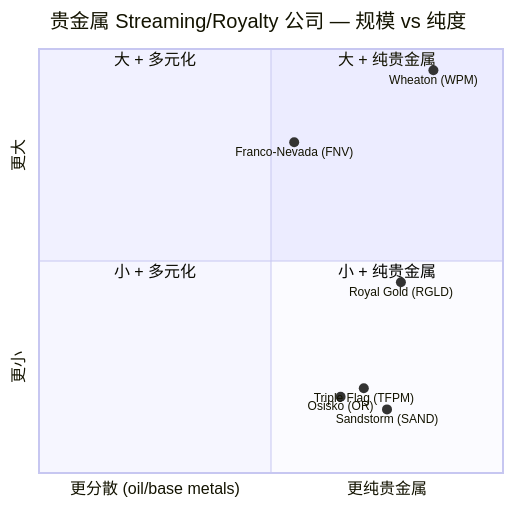
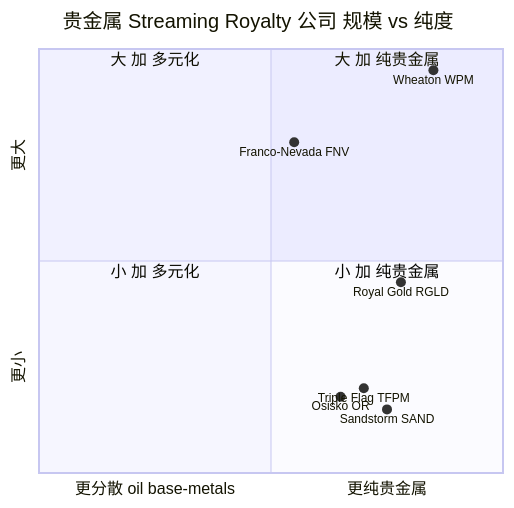
One commit to dadachundan/financial_agent changed the third of 3 diagrams in reports/company/WheatonPreciousMetals_NYSE_WPM/WheatonPreciousMetals_NYSE_WPM_公司研究.md. Above: the diagram before and after it, drawn with Mermaid. The commit also changed other lines of this file and 8 other files, not shown here.

First line of the commit message:
feat(company-research): refresh Wheaton Precious Metals (WPM) to current spec

````diff
--- a/reports/company/WheatonPreciousMetals_NYSE_WPM/WheatonPreciousMetals_NYSE_WPM_公司研究.md
+++ b/reports/company/WheatonPreciousMetals_NYSE_WPM/WheatonPreciousMetals_NYSE_WPM_公司研究.md
@@ -358,16 +771,16 @@
 ```mermaid
 quadrantChart
-    title 贵金属 Streaming/Royalty 公司 — 规模 vs 纯度
-    x-axis "更分散 (oil/base metals)" --> "更纯贵金属"
+    title 贵金属 Streaming Royalty 公司 规模 vs 纯度
+    x-axis "更分散 oil base-metals" --> "更纯贵金属"
     y-axis "更小" --> "更大"
-    quadrant-1 "大 + 纯贵金属"
-    quadrant-2 "大 + 多元化"
-    quadrant-3 "小 + 多元化"
-    quadrant-4 "小 + 纯贵金属"
-    "Wheaton (WPM)": [0.85, 0.95]
-    "Franco-Nevada (FNV)": [0.55, 0.78]
-    "Royal Gold (RGLD)": [0.78, 0.45]
-    "Triple Flag (TFPM)": [0.70, 0.20]
-    "Sandstorm (SAND)": [0.75, 0.15]
-    "Osisko (OR)": [0.65, 0.18]
+    quadrant-1 "大 加 纯贵金属"
+    quadrant-2 "大 加 多元化"
+    quadrant-3 "小 加 多元化"
+    quadrant-4 "小 加 纯贵金属"
+    "Wheaton WPM": [0.85, 0.95]
+    "Franco-Nevada FNV": [0.55, 0.78]
+    "Royal Gold RGLD": [0.78, 0.45]
+    "Triple Flag TFPM": [0.70, 0.20]
+    "Sandstorm SAND": [0.75, 0.15]
+    "Osisko OR": [0.65, 0.18]
 ```
````
